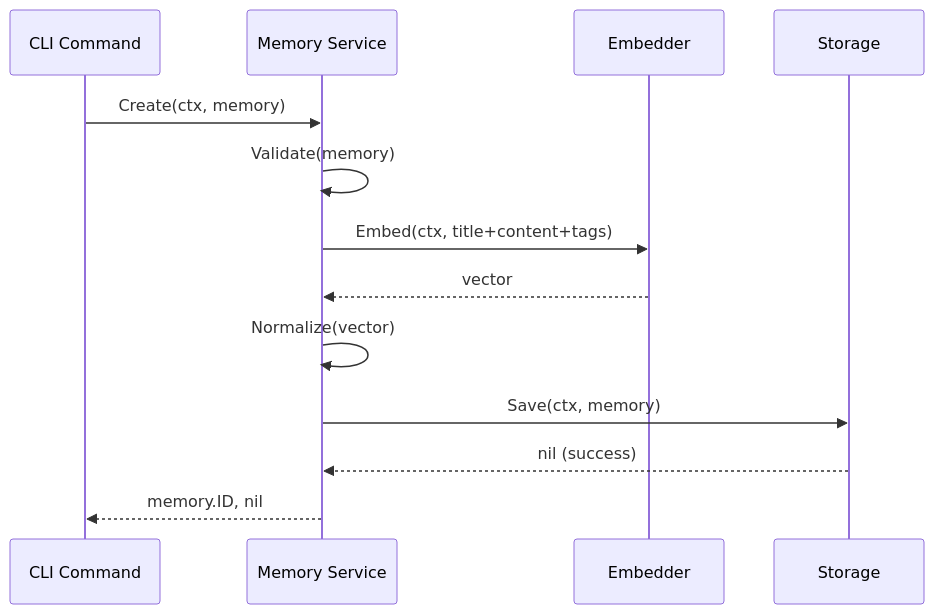
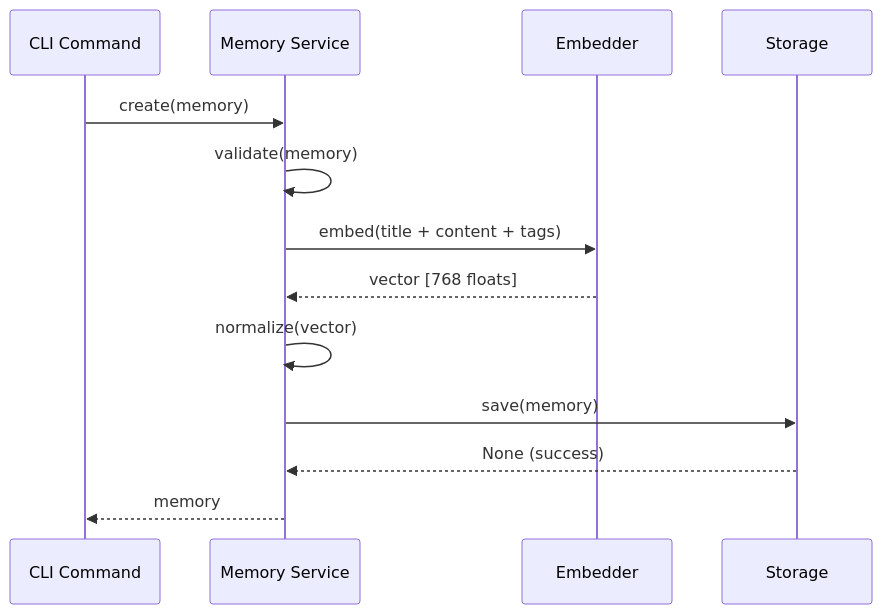
Before and after one commit to fmatsos/cortex: the second of 8 diagrams in .agents/instructions/overview.md, drawn with Mermaid. The commit also changed other lines of this file and 193 other files, not shown here.

````diff
--- a/.agents/instructions/overview.md
+++ b/.agents/instructions/overview.md
@@ -291,16 +225,16 @@
 ```mermaid
 sequenceDiagram
     participant CLI as CLI Command
     participant MS as Memory Service
     participant EM as Embedder
     participant ST as Storage
 
-    CLI->>MS: Create(ctx, memory)
-    MS->>MS: Validate(memory)
-    MS->>EM: Embed(ctx, title+content+tags)
-    EM-->>MS: vector
-    MS->>MS: Normalize(vector)
-    MS->>ST: Save(ctx, memory)
-    ST-->>MS: nil (success)
-    MS-->>CLI: memory.ID, nil
+    CLI->>MS: create(memory)
+    MS->>MS: validate(memory)
+    MS->>EM: embed(title + content + tags)
+    EM-->>MS: vector [768 floats]
+    MS->>MS: normalize(vector)
+    MS->>ST: save(memory)
+    ST-->>MS: None (success)
+    MS-->>CLI: memory
 ```
````
